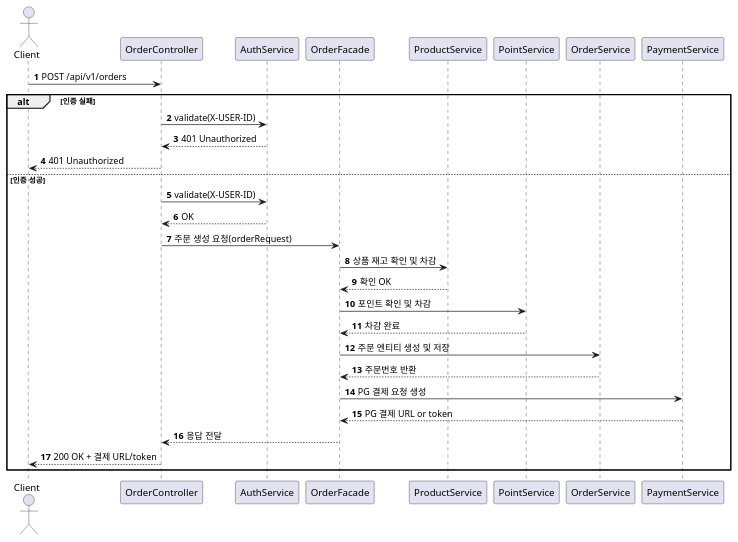
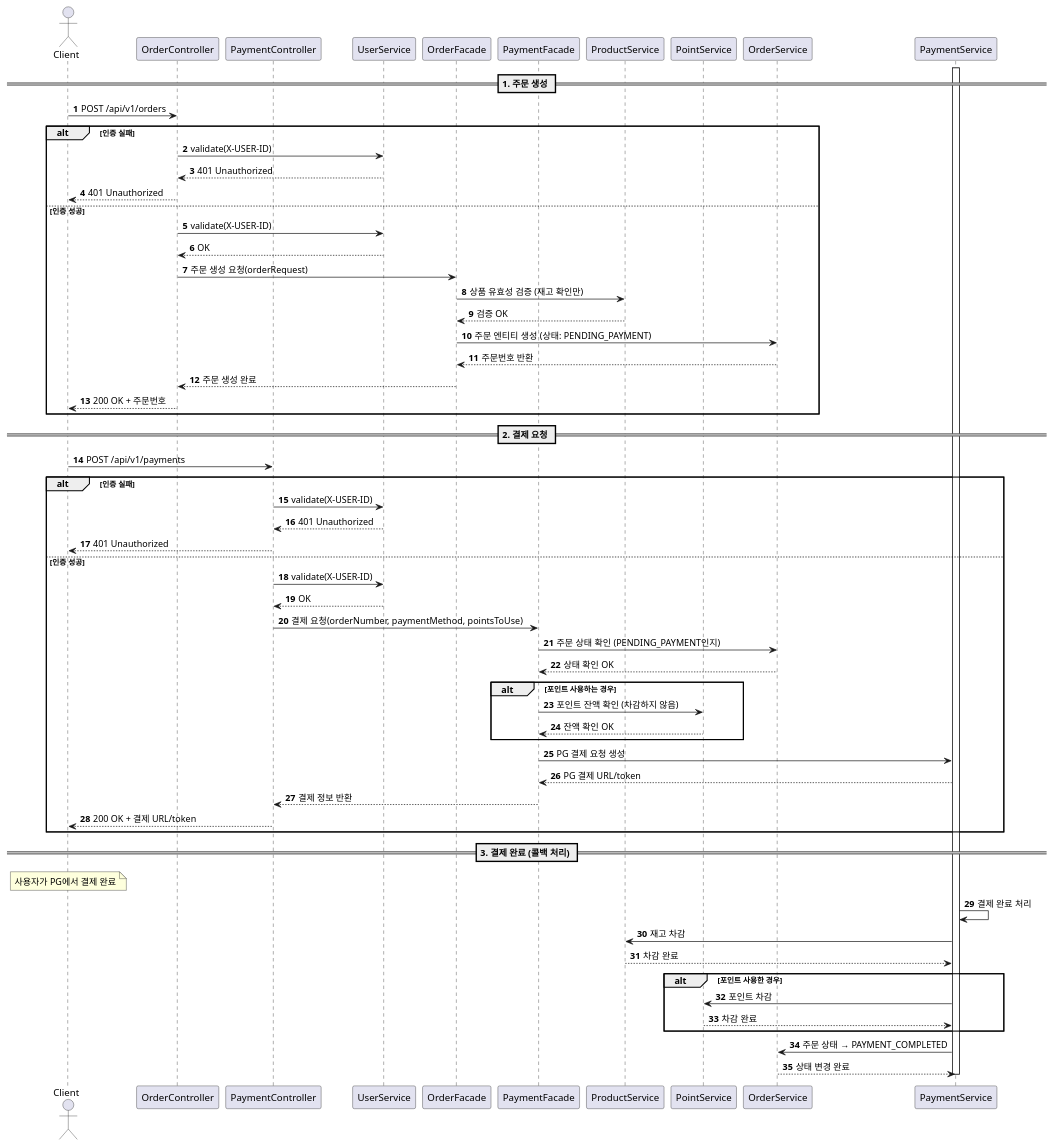
Before and after one commit to Loopers-dev-lab/loopers-spring-java-template: the diagram in docs/design/sequence/OrderAndPaymentFlow.puml, drawn with PlantUML. The commit also changed other lines of this file and 14 other files, not shown here.

```diff
--- a/docs/design/sequence/OrderAndPaymentFlow.puml
+++ b/docs/design/sequence/OrderAndPaymentFlow.puml
@@ -1,40 +1,80 @@
 @startuml
 'https://plantuml.com/sequence-diagram
 
 autonumber
 
 actor Client
 participant OrderController
-participant AuthService
+participant PaymentController
+participant UserService
 participant OrderFacade
+participant PaymentFacade
 participant ProductService
 participant PointService
 participant OrderService
 participant PaymentService
 
+== 1. 주문 생성 ==
 Client -> OrderController : POST /api/v1/orders
 alt 인증 실패
-    OrderController -> AuthService : validate(X-USER-ID)
-    AuthService --> OrderController : 401 Unauthorized
+    OrderController -> UserService : validate(X-USER-ID)
+    UserService --> OrderController : 401 Unauthorized
     OrderController --> Client : 401 Unauthorized
 else 인증 성공
-    OrderController -> AuthService : validate(X-USER-ID)
-    AuthService --> OrderController : OK
+    OrderController -> UserService : validate(X-USER-ID)
+    UserService --> OrderController : OK
     OrderController -> OrderFacade : 주문 생성 요청(orderRequest)
 
-    OrderFacade -> ProductService : 상품 재고 확인 및 차감
-    ProductService --> OrderFacade : 확인 OK
+    OrderFacade -> ProductService : 상품 유효성 검증 (재고 확인만)
+    ProductService --> OrderFacade : 검증 OK
 
-    OrderFacade -> PointService : 포인트 확인 및 차감
-    PointService --> OrderFacade : 차감 완료
-
-    OrderFacade -> OrderService : 주문 엔티티 생성 및 저장
+    OrderFacade -> OrderService : 주문 엔티티 생성 (상태: PENDING_PAYMENT)
     OrderService --> OrderFacade : 주문번호 반환
 
-    OrderFacade -> PaymentService : PG 결제 요청 생성
-    PaymentService --> OrderFacade : PG 결제 URL or token
+    OrderFacade --> OrderController : 주문 생성 완료
+    OrderController --> Client : 200 OK + 주문번호
+end
 
-    OrderFacade --> OrderController : 응답 전달
-    OrderController --> Client : 200 OK + 결제 URL/token
+== 2. 결제 요청 ==
+Client -> PaymentController : POST /api/v1/payments
+alt 인증 실패
+    PaymentController -> UserService : validate(X-USER-ID)
+    UserService --> PaymentController : 401 Unauthorized
+    PaymentController --> Client : 401 Unauthorized
+else 인증 성공
+    PaymentController -> UserService : validate(X-USER-ID)
+    UserService --> PaymentController : OK
+    PaymentController -> PaymentFacade : 결제 요청(orderNumber, paymentMethod, pointsToUse)
+
+    PaymentFacade -> OrderService : 주문 상태 확인 (PENDING_PAYMENT인지)
+    OrderService --> PaymentFacade : 상태 확인 OK
+    
+    alt 포인트 사용하는 경우
+        PaymentFacade -> PointService : 포인트 잔액 확인 (차감하지 않음)
+        PointService --> PaymentFacade : 잔액 확인 OK
+    end
+    
+    PaymentFacade -> PaymentService : PG 결제 요청 생성
+    PaymentService --> PaymentFacade : PG 결제 URL/token
+    
+    PaymentFacade --> PaymentController : 결제 정보 반환
+    PaymentController --> Client : 200 OK + 결제 URL/token
 end
+
+== 3. 결제 완료 (콜백 처리) ==
+note over Client : 사용자가 PG에서 결제 완료
+activate PaymentService
+PaymentService -> PaymentService : 결제 완료 처리
+PaymentService -> ProductService : 재고 차감
+ProductService --> PaymentService : 차감 완료
+
+alt 포인트 사용한 경우
+    PaymentService -> PointService : 포인트 차감
+    PointService --> PaymentService : 차감 완료
+end
+
+PaymentService -> OrderService : 주문 상태 → PAYMENT_COMPLETED
+OrderService --> PaymentService : 상태 변경 완료
+deactivate PaymentService
+
 @enduml
```
